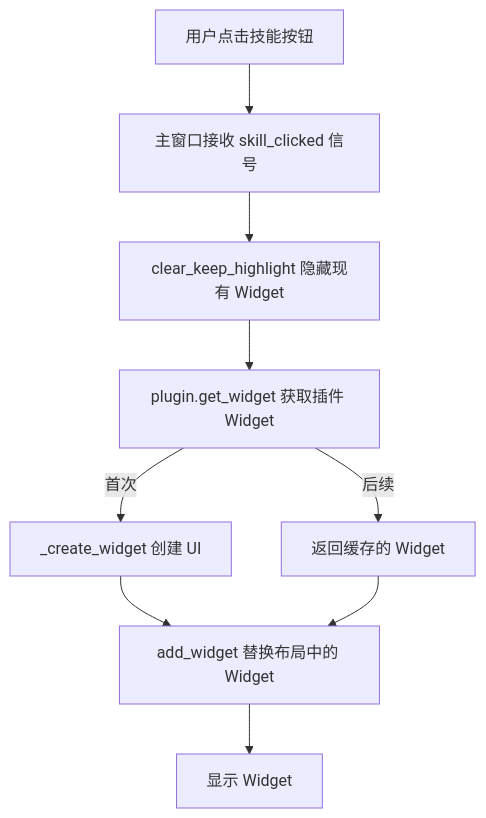
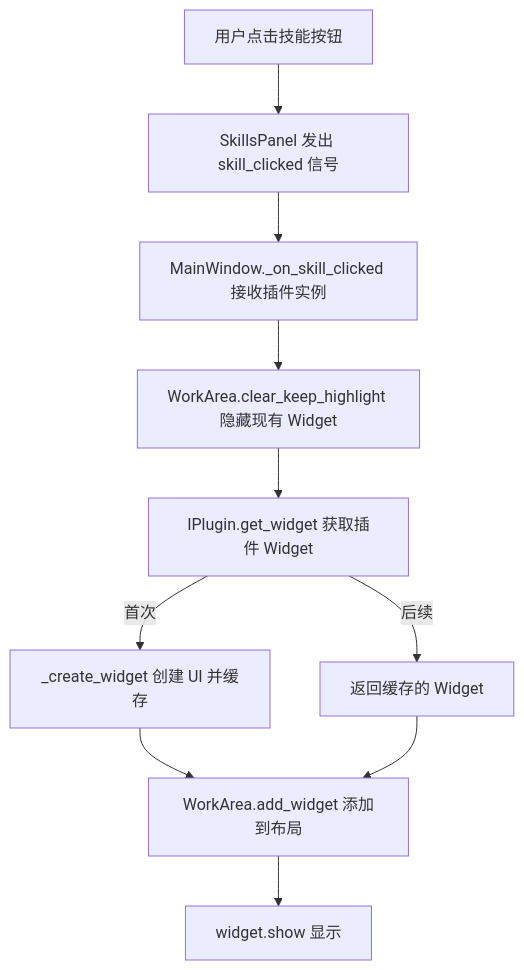
The second of 2 diagrams in docs/ui/work-area.md (KKPIP-Tech/InstructionX), drawn with Mermaid before and after one commit. The commit also changed other lines of this file and 9 other files, not shown here.

````diff
--- a/docs/ui/work-area.md
+++ b/docs/ui/work-area.md
@@ -231,14 +242,14 @@
 ```mermaid
 flowchart TD
-    A[用户点击技能按钮] --> B[主窗口接收 skill_clicked 信号]
-    B --> C[clear_keep_highlight 隐藏现有 Widget]
-    C --> D[plugin.get_widget 获取插件 Widget]
+    A[用户点击技能按钮] --> B[SkillsPanel 发出 skill_clicked 信号]
+    B --> C[MainWindow._on_skill_clicked 接收插件实例]
+    C --> D[WorkArea.clear_keep_highlight 隐藏现有 Widget]
+    D --> E[IPlugin.get_widget 获取插件 Widget]
 
-    D -->|首次| E[_create_widget 创建 UI]
-    D -->|后续| F[返回缓存的 Widget]
+    E -->|首次| F[_create_widget 创建 UI 并缓存]
+    E -->|后续| G[返回缓存的 Widget]
 
-    E --> G[add_widget 替换布局中的 Widget]
-    F --> G
-
-    G --> H[显示 Widget]
+    F --> H[WorkArea.add_widget 添加到布局]
+    G --> H
+    H --> I[widget.show 显示]
 ```
````
